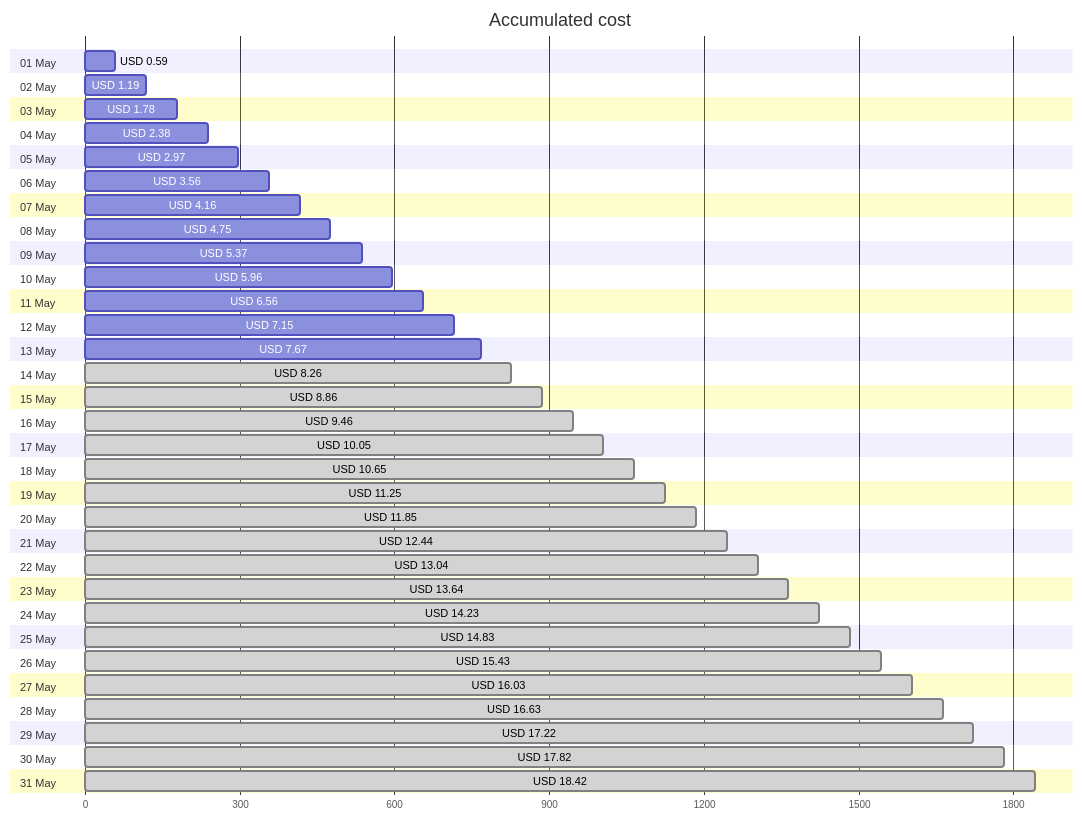
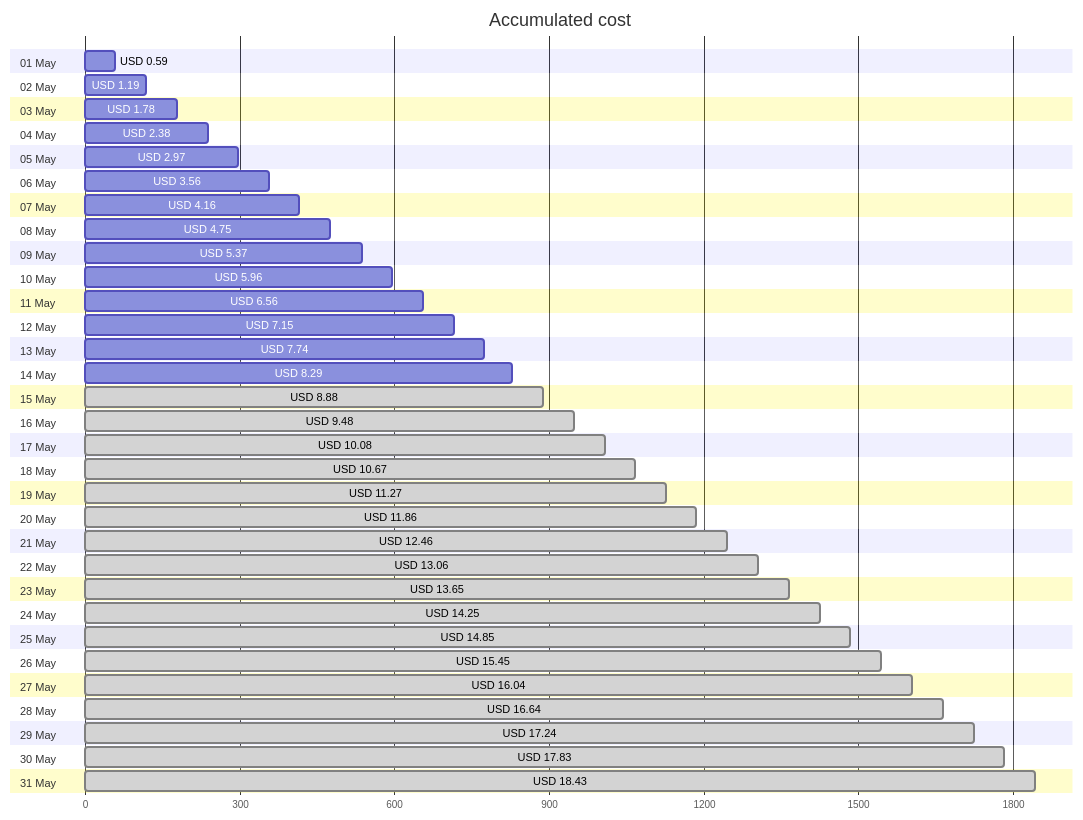
One commit to jpfulton/azure-personal-reports changed the first of 4 diagrams in cost-reports/personal-site/README.md. Above: the diagram before and after it, drawn with Mermaid. The commit also changed other lines of this file and 6 other files, not shown here.

````diff
--- a/cost-reports/personal-site/README.md
+++ b/cost-reports/personal-site/README.md
@@ -20,68 +20,68 @@
 ```mermaid
 gantt
    title Accumulated cost
    dateFormat  X
    axisFormat %s
    section 01 May
    USD 0.59 :0, 59
    section 02 May
    USD 1.19 :0, 119
    section 03 May
    USD 1.78 :0, 178
    section 04 May
    USD 2.38 :0, 238
    section 05 May
    USD 2.97 :0, 297
    section 06 May
    USD 3.56 :0, 356
    section 07 May
    USD 4.16 :0, 416
    section 08 May
    USD 4.75 :0, 475
    section 09 May
    USD 5.37 :0, 537
    section 10 May
    USD 5.96 :0, 596
    section 11 May
    USD 6.56 :0, 656
    section 12 May
    USD 7.15 :0, 715
    section 13 May
-   USD 7.67 :0, 767
+   USD 7.74 :0, 774
    section 14 May
-   USD 8.26 : done, 0, 826
+   USD 8.29 :0, 829
    section 15 May
-   USD 8.86 : done, 0, 886
+   USD 8.88 : done, 0, 888
    section 16 May
-   USD 9.46 : done, 0, 946
+   USD 9.48 : done, 0, 948
    section 17 May
-   USD 10.05 : done, 0, 1005
+   USD 10.08 : done, 0, 1008
    section 18 May
-   USD 10.65 : done, 0, 1065
+   USD 10.67 : done, 0, 1067
    section 19 May
-   USD 11.25 : done, 0, 1125
+   USD 11.27 : done, 0, 1127
    section 20 May
-   USD 11.85 : done, 0, 1185
+   USD 11.86 : done, 0, 1186
    section 21 May
-   USD 12.44 : done, 0, 1244
+   USD 12.46 : done, 0, 1246
    section 22 May
-   USD 13.04 : done, 0, 1304
+   USD 13.06 : done, 0, 1306
    section 23 May
-   USD 13.64 : done, 0, 1364
+   USD 13.65 : done, 0, 1365
    section 24 May
-   USD 14.23 : done, 0, 1423
+   USD 14.25 : done, 0, 1425
    section 25 May
-   USD 14.83 : done, 0, 1483
+   USD 14.85 : done, 0, 1485
    section 26 May
-   USD 15.43 : done, 0, 1543
+   USD 15.45 : done, 0, 1545
    section 27 May
-   USD 16.03 : done, 0, 1603
+   USD 16.04 : done, 0, 1604
    section 28 May
-   USD 16.63 : done, 0, 1663
+   USD 16.64 : done, 0, 1664
    section 29 May
-   USD 17.22 : done, 0, 1722
+   USD 17.24 : done, 0, 1724
    section 30 May
-   USD 17.82 : done, 0, 1782
+   USD 17.83 : done, 0, 1783
    section 31 May
-   USD 18.42 : done, 0, 1842
+   USD 18.43 : done, 0, 1843
 ```
````
